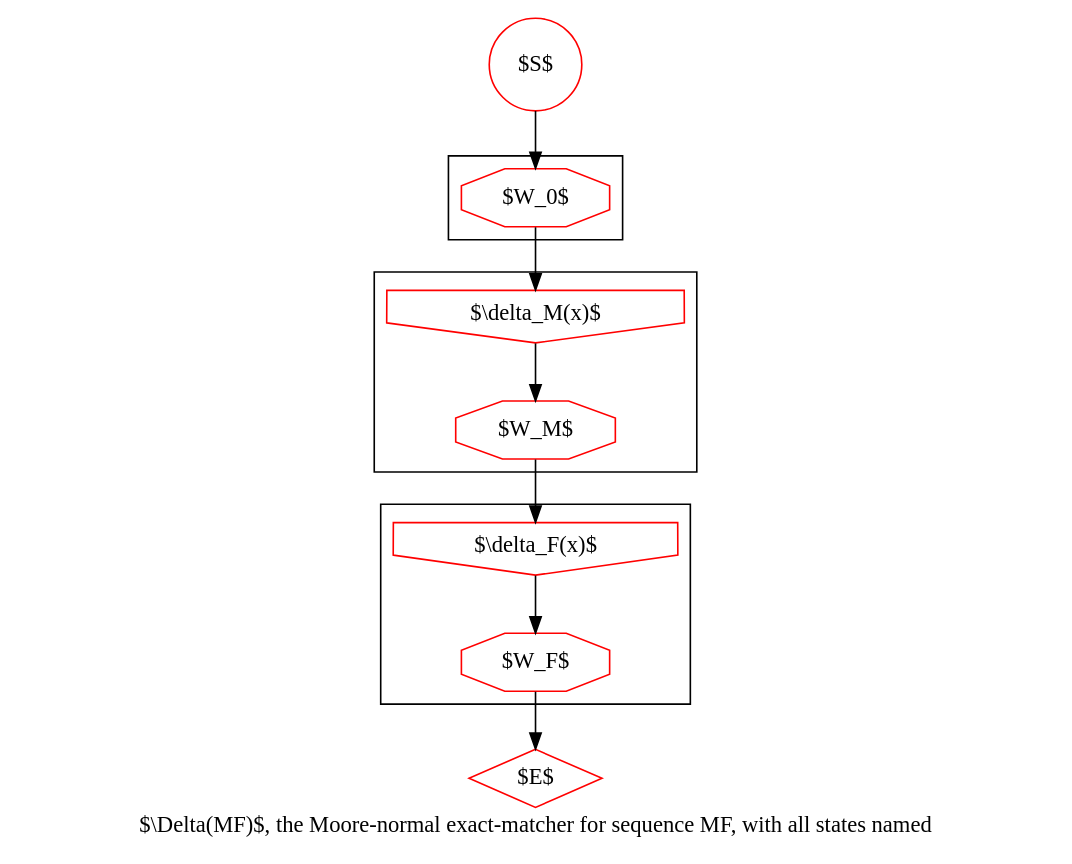
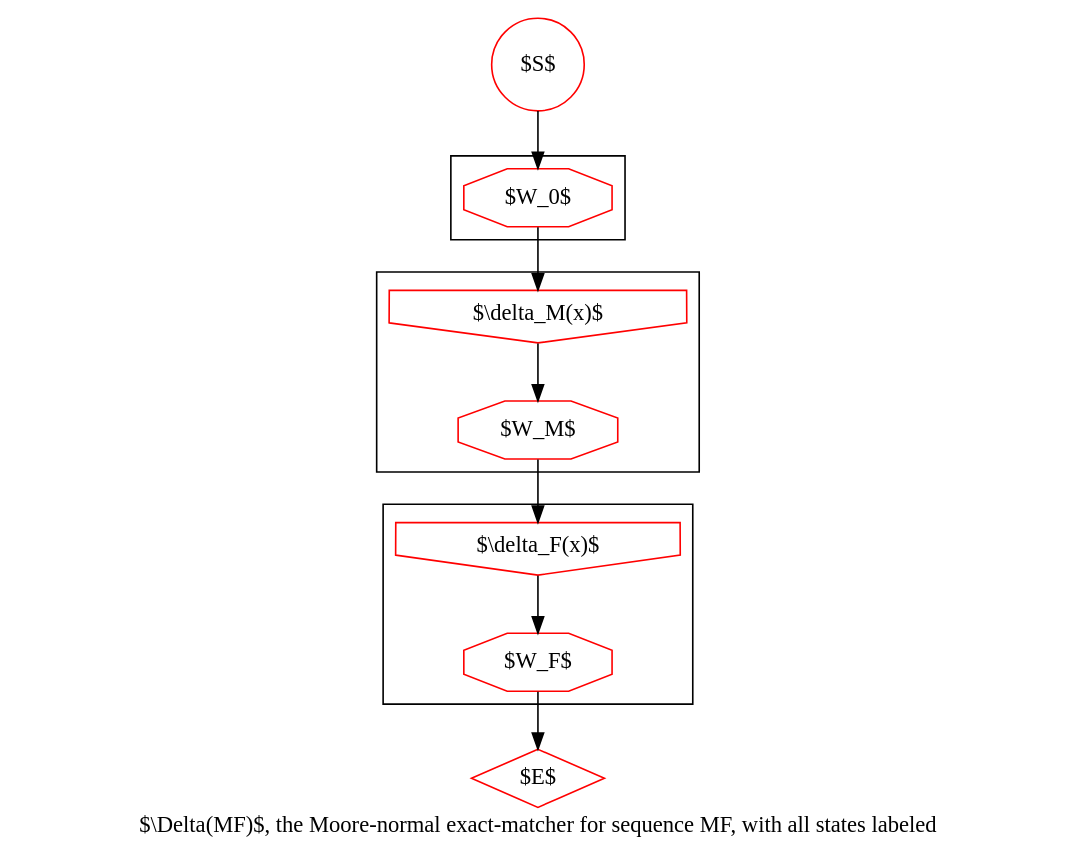
Before and after one commit to ihh/transducer-tutorial: the diagram in mf-labeled.dot, drawn with Graphviz. The commit also changed 3 other files, not shown here.

Commit message:
Minor stuff (removed clusters from liv.dot; changed 'named' -> 'labeled')

```diff
--- a/mf-labeled.dot
+++ b/mf-labeled.dot
@@ -1,20 +1,20 @@
 digraph G {
     S [label="$S$", shape=circle, color=red];
     E [label="$E$", shape=diamond, color=red];
 
 subgraph cluster_0 {
 	W0 [label="$W_0$", shape=octagon, color=red];
 }
 subgraph cluster_1 {
     W1 [label="$W_M$", shape=octagon, color=red];
     D1 [label="$\\delta_M(x)$", shape=invhouse, color=red];
 }
 subgraph cluster_2 {
     W2 [label="$W_F$", shape=octagon, color=red];
     D2 [label="$\\delta_F(x)$", shape=invhouse, color=red];
 }
 
 S->W0->D1->W1->D2->W2->E;
 
-    label="$\\Delta(MF)$, the Moore-normal exact-matcher for sequence MF, with all states named";
+    label="$\\Delta(MF)$, the Moore-normal exact-matcher for sequence MF, with all states labeled";
 }
```
